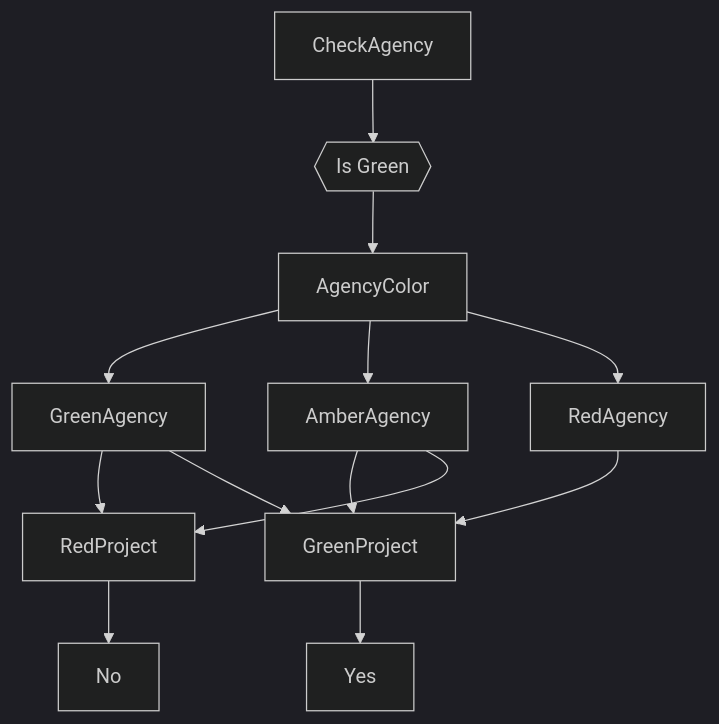
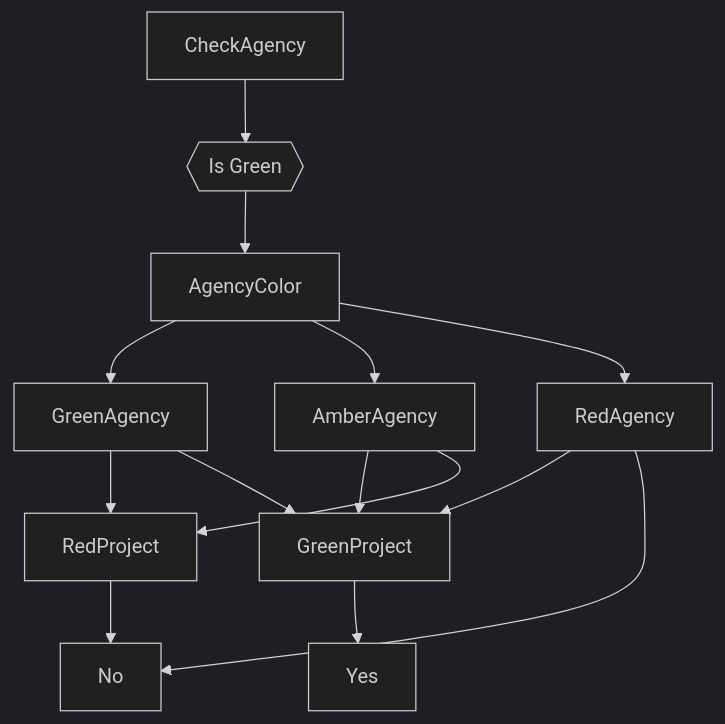
The first of 2 diagrams in impact.md (mgifford/mermaid-graphs), drawn with Mermaid (dark theme) before and after one commit.

Commit message:
No to red

````diff
--- a/impact.md
+++ b/impact.md
@@ -5,15 +5,16 @@
 ```mermaid
 graph TD
     CheckAgency-->IsGreen{{Is Green}};
     IsGreen-->AgencyColor;
     AgencyColor-->GreenAgency;
     AgencyColor-->AmberAgency;
     AgencyColor--> RedAgency;
     RedAgency-->GreenProject;
+    RedAgency-->No;
     AmberAgency-->GreenProject;
     GreenAgency-->RedProject;
     AmberAgency-->RedProject;
     GreenAgency-->GreenProject;
     RedProject-->No;
     GreenProject-->Yes;
 ```
````
